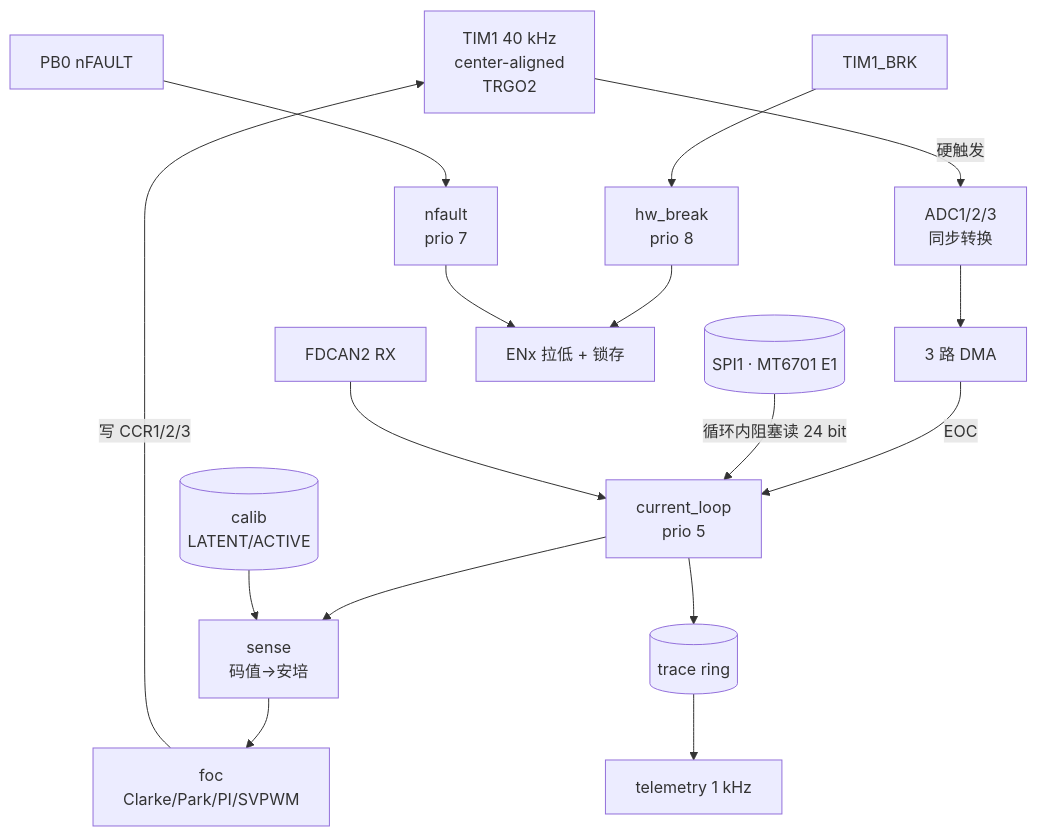
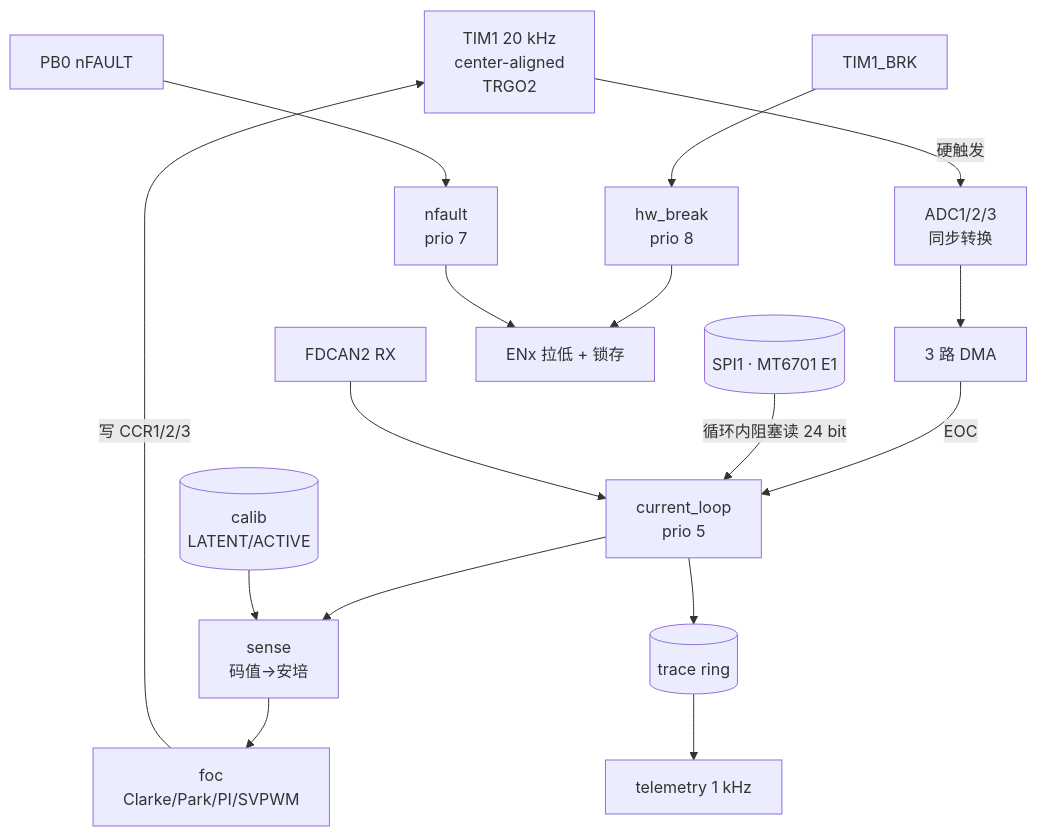
Before and after one commit to K12231217/mit-motor: the diagram in docs/architecture.md, drawn with Mermaid. The commit also changed other lines of this file and 7 other files, not shown here.

````diff
--- a/docs/architecture.md
+++ b/docs/architecture.md
@@ -117,18 +117,18 @@
 ```mermaid
 flowchart TD
-    T1[TIM1 40 kHz<br/>center-aligned<br/>TRGO2] -->|硬触发| ADC[ADC1/2/3<br/>同步转换]
+    T1[TIM1 20 kHz<br/>center-aligned<br/>TRGO2] -->|硬触发| ADC[ADC1/2/3<br/>同步转换]
     ADC --> DMA[3 路 DMA]
     DMA -->|EOC| LOOP[current_loop<br/>prio 5]
     SPI[(SPI1 · MT6701 E1)] -->|循环内阻塞读 24 bit| LOOP
     LOOP --> SENSE[sense<br/>码值→安培]
     CAL[(calib<br/>LATENT/ACTIVE)] --> SENSE
     SENSE --> FOC[foc<br/>Clarke/Park/PI/SVPWM]
     FOC -->|写 CCR1/2/3| T1
     BRK[TIM1_BRK] --> SAFE[hw_break<br/>prio 8]
     NF[PB0 nFAULT] --> SAFE2[nfault<br/>prio 7]
     SAFE --> EN[ENx 拉低 + 锁存]
     SAFE2 --> EN
     CAN[FDCAN2 RX] --> LOOP
     LOOP --> TRACE[(trace ring)]
     TRACE --> UP[telemetry 1 kHz]
 ```
````
